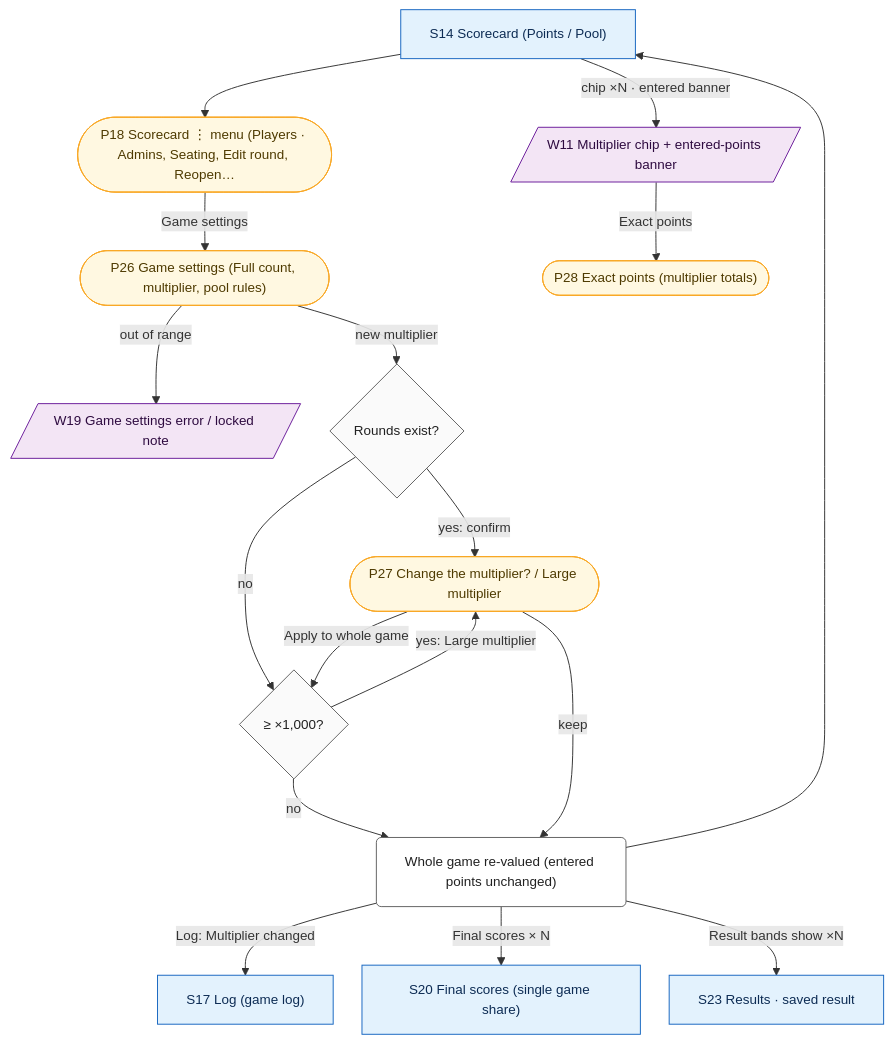
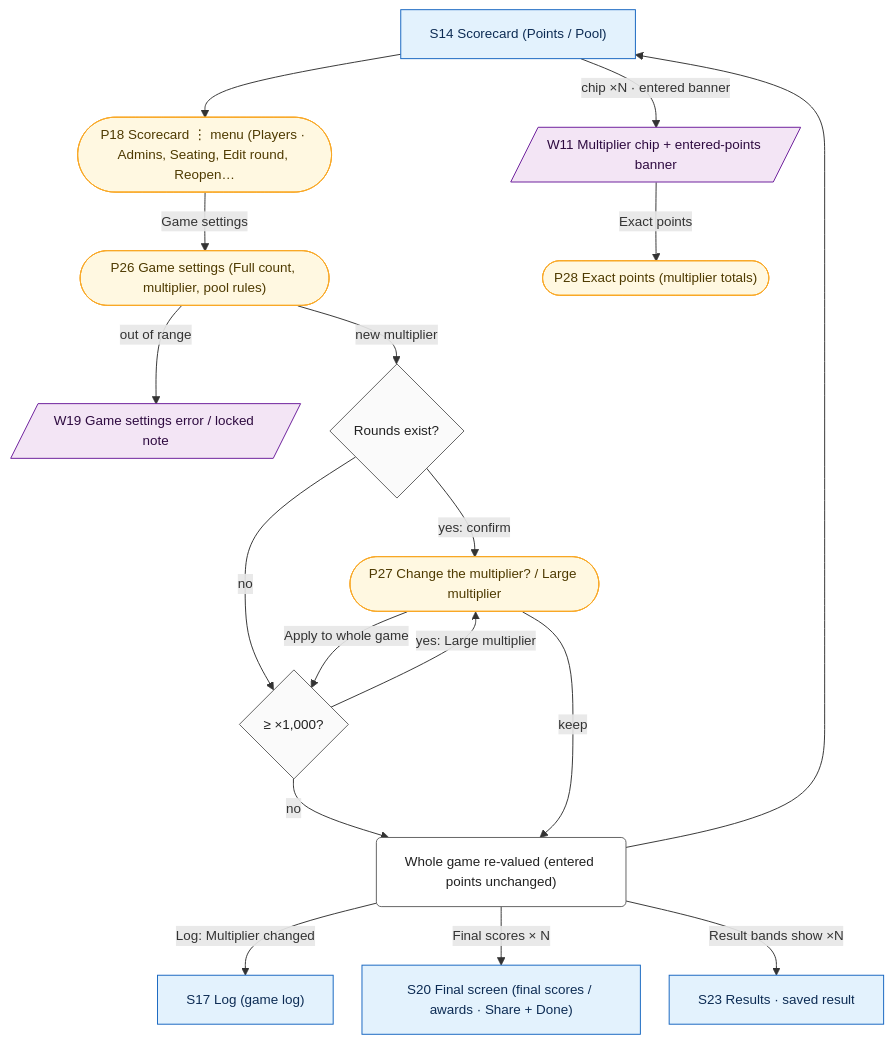
The diagram in rummy-home3/docs/flows/mmd/F08-change-the-multiplier.mmd (sreeatcandorps/RummyHome), drawn with Mermaid before and after one commit. The commit also changed 72 other files, not shown here.

```diff
--- a/rummy-home3/docs/flows/mmd/F08-change-the-multiplier.mmd
+++ b/rummy-home3/docs/flows/mmd/F08-change-the-multiplier.mmd
@@ -1,40 +1,40 @@
 %%{init: {"flowchart": {"wrappingWidth": 230, "nodeSpacing": 30, "rankSpacing": 40}, "themeVariables": {"fontSize": "14px"}}}%%
 flowchart TD
   s14["S14 Scorecard (Points / Pool)"]:::screen
   p18(["P18 Scorecard ⋮ menu (Players · Admins, Seating, Edit round, Reopen…"]):::popup
   p26(["P26 Game settings (Full count, multiplier, pool rules)"]):::popup
   p27(["P27 Change the multiplier? / Large multiplier"]):::popup
   w11[/"W11 Multiplier chip + entered-points banner"/]:::warning
   p28(["P28 Exact points (multiplier totals)"]):::popup
   s17["S17 Log (game log)"]:::screen
   w19[/"W19 Game settings error / locked note"/]:::warning
-  s20["S20 Final scores (single game share)"]:::screen
+  s20["S20 Final screen (final scores / awards · Share + Done)"]:::screen
   s23["S23 Results · saved result"]:::screen
   rounds{"Rounds exist?"}:::decision
   high{"≥ ×1,000?"}:::decision
   apply("Whole game re-valued (entered points unchanged)"):::step
   s14 --> p18
   p18 -->|"Game settings"| p26
   p26 -->|"new multiplier"| rounds
   rounds -->|"yes: confirm"| p27
   rounds -->|"no"| high
   p27 -->|"Apply to whole game"| high
   high -->|"yes: Large multiplier"| p27
   high -->|"no"| apply
   p27 -->|"keep"| apply
   apply --> s14
   s14 -->|"chip ×N · entered banner"| w11
   w11 -->|"Exact points"| p28
   p26 -->|"out of range"| w19
   apply -->|"Log: Multiplier changed"| s17
   apply -->|"Final scores × N"| s20
   apply -->|"Result bands show ×N"| s23
   classDef screen fill:#e3f2fd,stroke:#1565c0,color:#0d2c54
   classDef popup fill:#fff8e1,stroke:#f9a825,color:#4e3a00
   classDef warning fill:#f3e5f5,stroke:#6a1b9a,color:#2e0b40
   classDef email fill:#e8f5e9,stroke:#2e7d32,color:#0b3d12
   classDef step fill:#ffffff,stroke:#616161,color:#212121
   classDef decision fill:#fafafa,stroke:#616161,color:#212121
   classDef stop fill:#eeeeee,stroke:#424242,color:#212121
   classDef flow fill:#e3f2fd,stroke:#1565c0,color:#0d2c54
   classDef gap fill:#fde2e2,stroke:#c62828,color:#7f0000,stroke-width:2px
```
